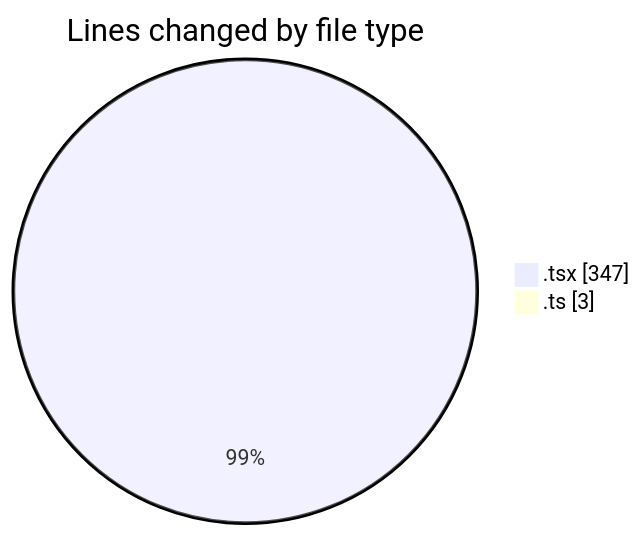
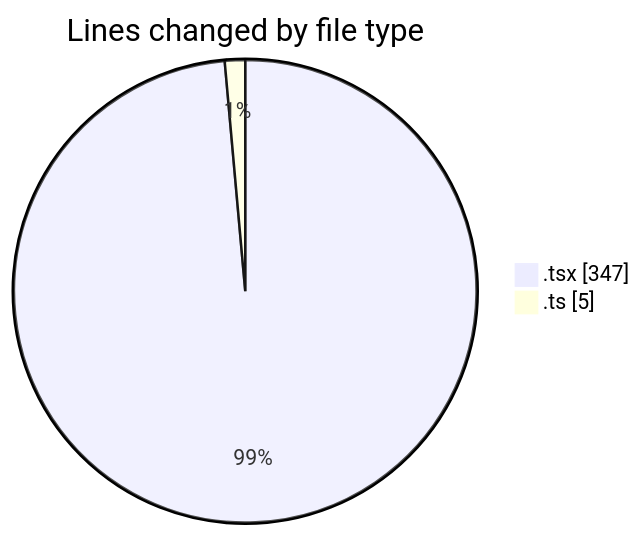
Before and after one commit to robertbonfada/code-tracking: the first of 2 diagrams in 2025-02-19/mbc-web/README.md, drawn with Mermaid. The commit also changed other lines of this file and 1 other file, not shown here.

````diff
--- a/2025-02-19/mbc-web/README.md
+++ b/2025-02-19/mbc-web/README.md
@@ -25,6 +25,6 @@
 ```mermaid
 pie showData
 title Lines changed by file type
 ".tsx" : 347
-".ts" : 3
+".ts" : 5
 ```
````
